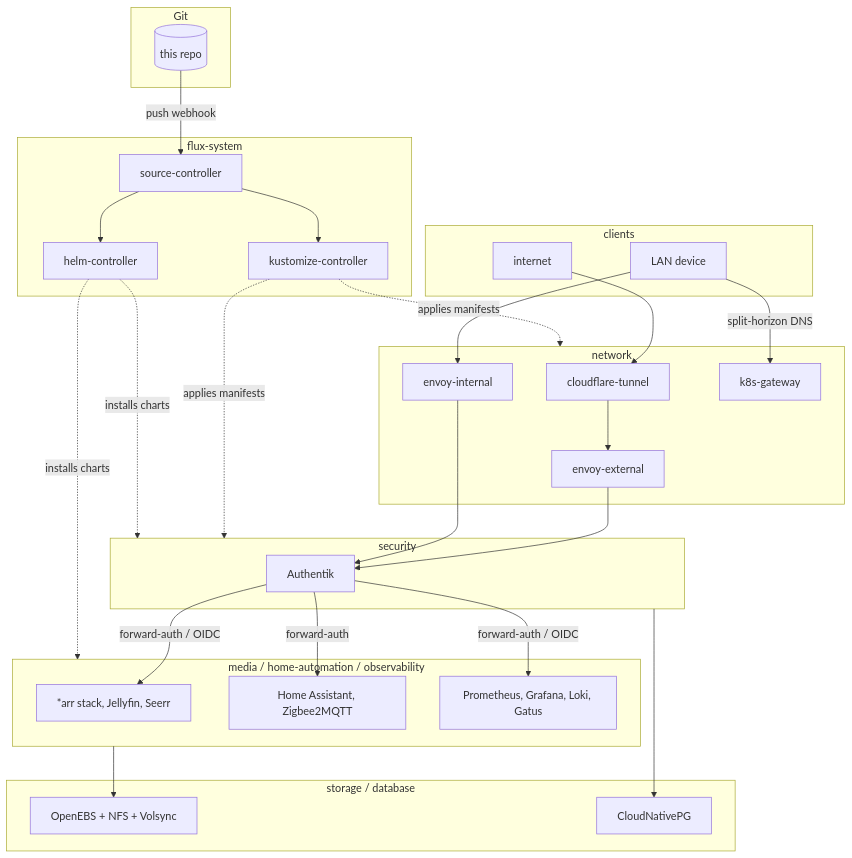
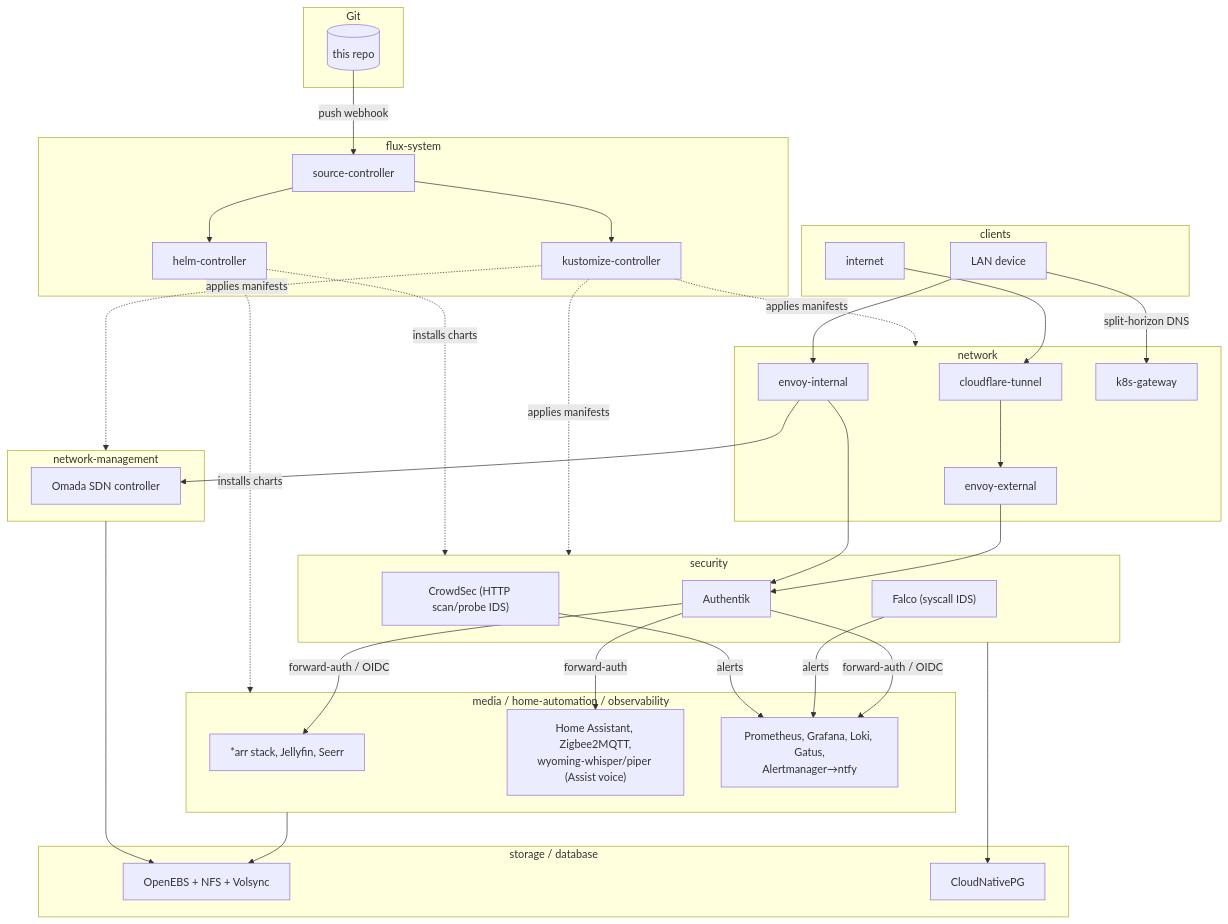
Before and after one commit to x00-sh/home-ops: the diagram in README.md, drawn with Mermaid. The commit also changed other lines of this file, not shown here.

First line of the commit message:
docs: bring README architecture diagram in line with the running cluster (#33)

````diff
--- a/README.md
+++ b/README.md
@@ -22,62 +22,75 @@
 ```mermaid
 graph TB
     subgraph git["Git"]
         repo[("this repo")]
     end
 
     subgraph fluxsys["flux-system"]
         source["source-controller"]
         kustomize["kustomize-controller"]
         helmctl["helm-controller"]
     end
 
     repo -->|"push webhook"| source
     source --> kustomize
     source --> helmctl
 
     subgraph clients["clients"]
         lan["LAN device"]
         wan["internet"]
     end
 
     subgraph net["network"]
         tunnel["cloudflare-tunnel"]
         extgw["envoy-external"]
         intgw["envoy-internal"]
         dns["k8s-gateway"]
     end
 
     wan --> tunnel --> extgw
     lan -->|"split-horizon DNS"| dns
     lan --> intgw
 
     subgraph sec["security"]
         authentik["Authentik"]
+        falco["Falco (syscall IDS)"]
+        crowdsec["CrowdSec (HTTP scan/probe IDS)"]
     end
 
     extgw --> authentik
     intgw --> authentik
 
+    subgraph netmgmt["network-management"]
+        omada["Omada SDN controller"]
+    end
+
+    intgw --> omada
+
     subgraph apps["media / home-automation / observability"]
         media["*arr stack, Jellyfin, Seerr"]
-        home["Home Assistant, Zigbee2MQTT"]
-        obs["Prometheus, Grafana, Loki, Gatus"]
+        home["Home Assistant, Zigbee2MQTT,<br/>wyoming-whisper/piper (Assist voice)"]
+        obs["Prometheus, Grafana, Loki, Gatus,<br/>Alertmanager&rarr;ntfy"]
     end
 
     authentik -->|"forward-auth / OIDC"| media
     authentik -->|"forward-auth"| home
     authentik -->|"forward-auth / OIDC"| obs
 
+    falco -->|"alerts"| obs
+    crowdsec -->|"alerts"| obs
+
     kustomize -.->|"applies manifests"| net
     kustomize -.->|"applies manifests"| sec
+    kustomize -.->|"applies manifests"| netmgmt
     helmctl -.->|"installs charts"| apps
     helmctl -.->|"installs charts"| sec
 
     subgraph platform["storage / database"]
         storage["OpenEBS + NFS + Volsync"]
         db["CloudNativePG"]
     end
 
     apps --> storage
+    netmgmt --> storage
     sec --> db
 ```
````
